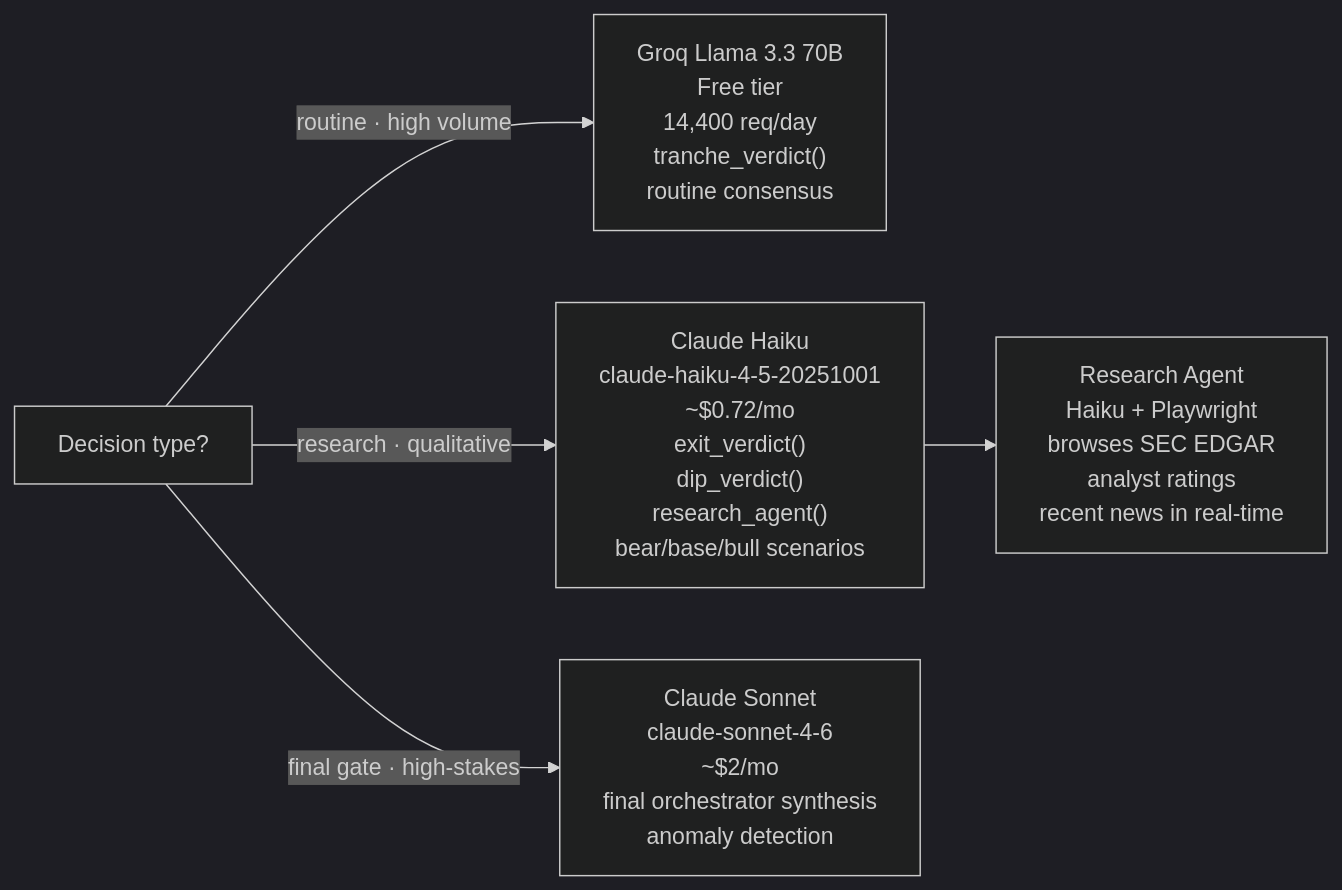
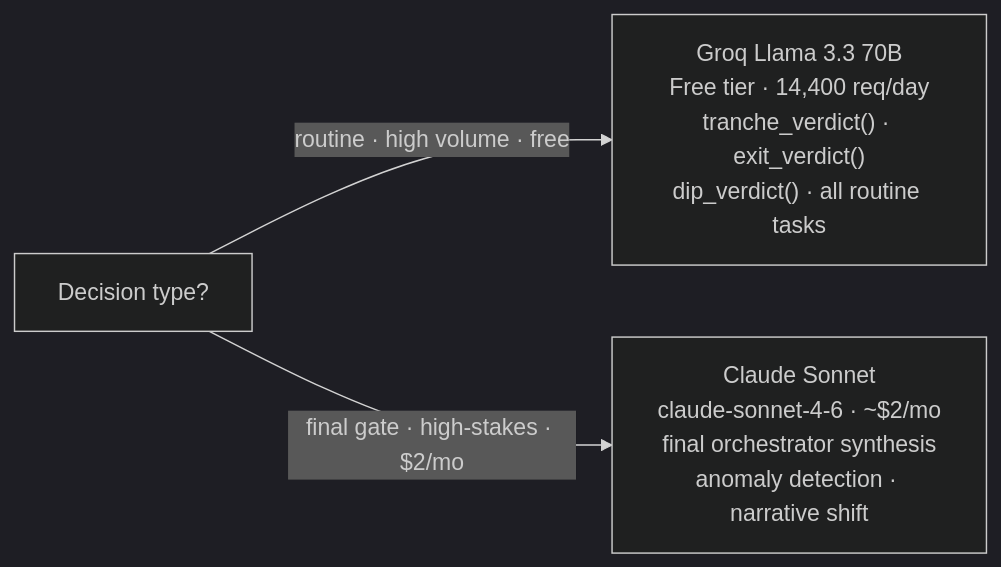
One commit to bangalore-killua/trading-system-v2 changed the third of 5 diagrams in README.md. Above: the diagram before and after it, drawn with Mermaid (dark theme). The commit also changed other lines of this file and 23 other files, not shown here.

````diff
--- a/README.md
+++ b/README.md
@@ -187,14 +222,10 @@
 ```mermaid
 flowchart LR
     Q["Decision type?"]
 
-    G["Groq Llama 3.3 70B\nFree tier\n14,400 req/day\ntranche_verdict()\nroutine consensus"]
-    H["Claude Haiku\nclaude-haiku-4-5-20251001\n~$0.72/mo\nexit_verdict()\ndip_verdict()\nresearch_agent()\nbear/base/bull scenarios"]
-    S["Claude Sonnet\nclaude-sonnet-4-6\n~$2/mo\nfinal orchestrator synthesis\nanomaly detection"]
-    R["Research Agent\nHaiku + Playwright\nbrowses SEC EDGAR\nanalyst ratings\nrecent news in real-time"]
+    G["Groq Llama 3.3 70B\nFree tier · 14,400 req/day\ntranche_verdict() · exit_verdict()\ndip_verdict() · all routine tasks"]
+    S["Claude Sonnet\nclaude-sonnet-4-6 · ~$2/mo\nfinal orchestrator synthesis\nanomaly detection · narrative shift"]
 
-    Q -->|"routine · high volume"| G
-    Q -->|"research · qualitative"| H
-    Q -->|"final gate · high-stakes"| S
-    H --> R
+    Q -->|"routine · high volume · free"| G
+    Q -->|"final gate · high-stakes · $2/mo"| S
 ```
````
